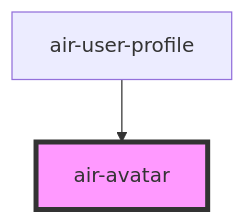
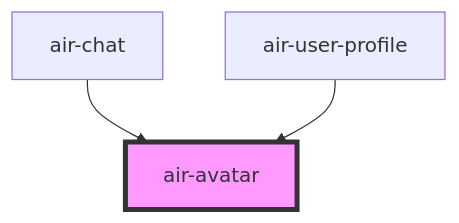
Before and after one commit to openwebstudio/AirUI: the diagram in src/components/avatar/readme.md, drawn with Mermaid. The commit also changed other lines of this file and 27 other files, not shown here.

````diff
--- a/src/components/avatar/readme.md
+++ b/src/components/avatar/readme.md
@@ -26,5 +27,6 @@
 ```mermaid
 graph TD;
+  air-chat --> air-avatar
   air-user-profile --> air-avatar
   style air-avatar fill:#f9f,stroke:#333,stroke-width:4px
 ```
````
